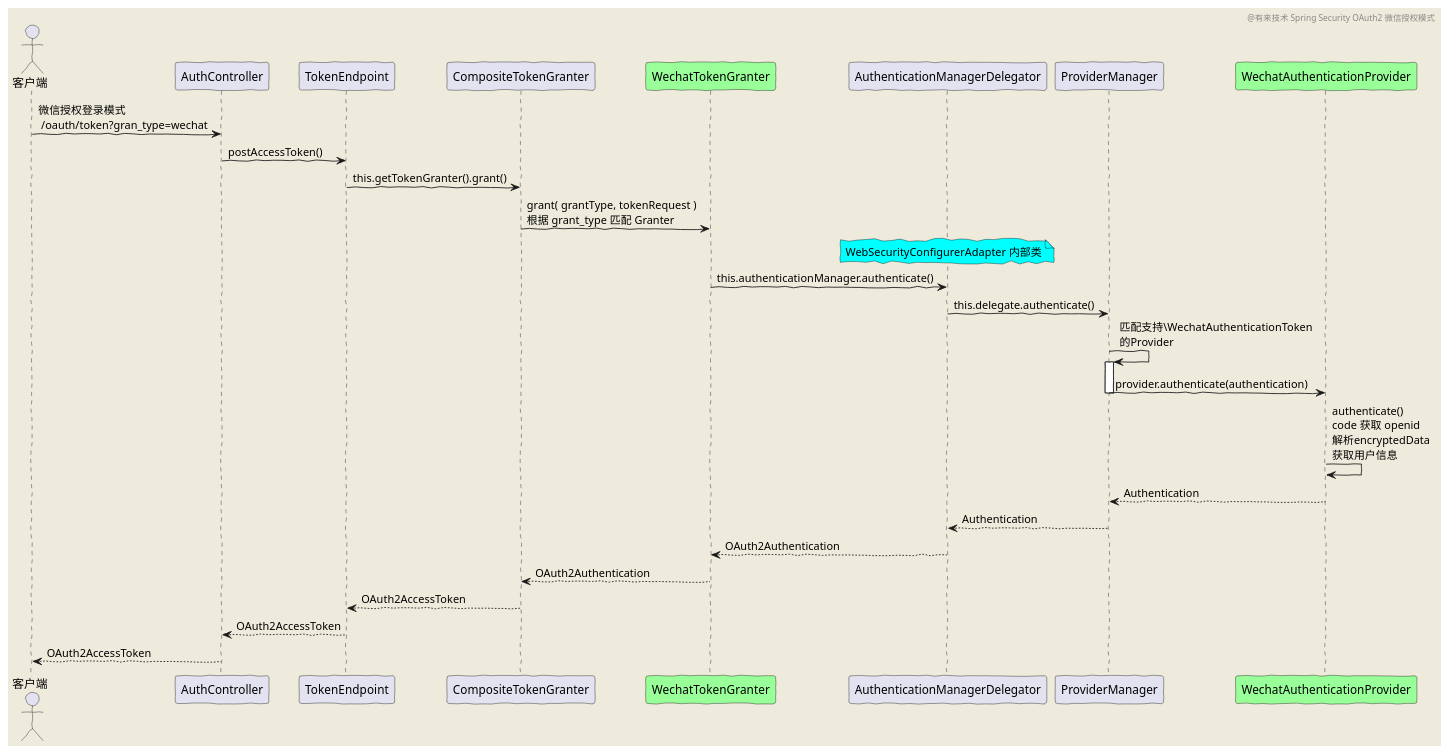
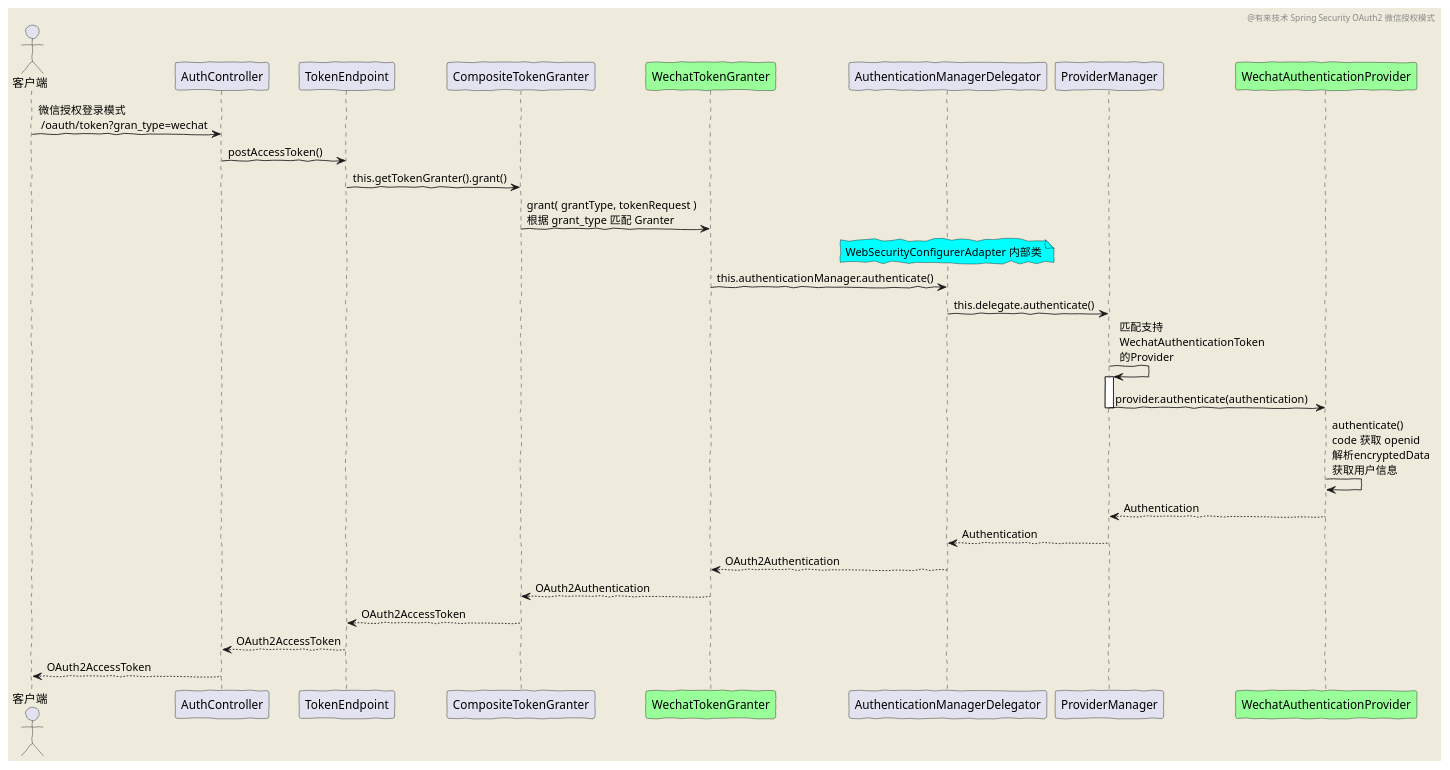
Before and after one commit to youlaitech/youlai-mall: the diagram in docs/diagram/oauth2/wechat.puml, drawn with PlantUML.

Commit message:
docs(*.puml): 修改流程时序图

```diff
--- a/docs/diagram/oauth2/wechat.puml
+++ b/docs/diagram/oauth2/wechat.puml
@@ -2,36 +2,36 @@
 @startuml
 'https://plantuml.com/sequence-diagram
 skinparam backgroundColor #EEEBDC
 skinparam handwritten true
 
 header @有来技术 Spring Security OAuth2 微信授权模式
 
 actor 客户端
 
 
 客户端 -> AuthController: 微信授权登录模式 \n /oauth/token?gran_type=wechat
 AuthController -> TokenEndpoint: postAccessToken()
 TokenEndpoint -> CompositeTokenGranter: this.getTokenGranter().grant()
 participant WechatTokenGranter #99FF99
 CompositeTokenGranter->WechatTokenGranter: grant( grantType, tokenRequest )\n根据 grant_type 匹配 Granter
 note over of AuthenticationManagerDelegator #aqua
 WebSecurityConfigurerAdapter 内部类
 end note
 WechatTokenGranter-> AuthenticationManagerDelegator:this.authenticationManager.authenticate()
 AuthenticationManagerDelegator -> ProviderManager: this.delegate.authenticate()
-ProviderManager -> ProviderManager: 匹配支持\WechatAuthenticationToken\n的Provider
+ProviderManager -> ProviderManager: 匹配支持\nWechatAuthenticationToken\n的Provider
 
 activate ProviderManager
 participant WechatAuthenticationProvider #99FF99
 ProviderManager -> WechatAuthenticationProvider: provider.authenticate(authentication)
 deactivate ProviderManager
 
 WechatAuthenticationProvider -> WechatAuthenticationProvider: authenticate()\ncode 获取 openid \n解析encryptedData\n获取用户信息
 ProviderManager <-- WechatAuthenticationProvider: Authentication
 AuthenticationManagerDelegator <-- ProviderManager: Authentication
 WechatTokenGranter <-- AuthenticationManagerDelegator: OAuth2Authentication
 CompositeTokenGranter <-- WechatTokenGranter: OAuth2Authentication
 TokenEndpoint <-- CompositeTokenGranter:OAuth2AccessToken
 AuthController <-- TokenEndpoint:OAuth2AccessToken
 客户端 <-- AuthController: OAuth2AccessToken
 @enduml
```
